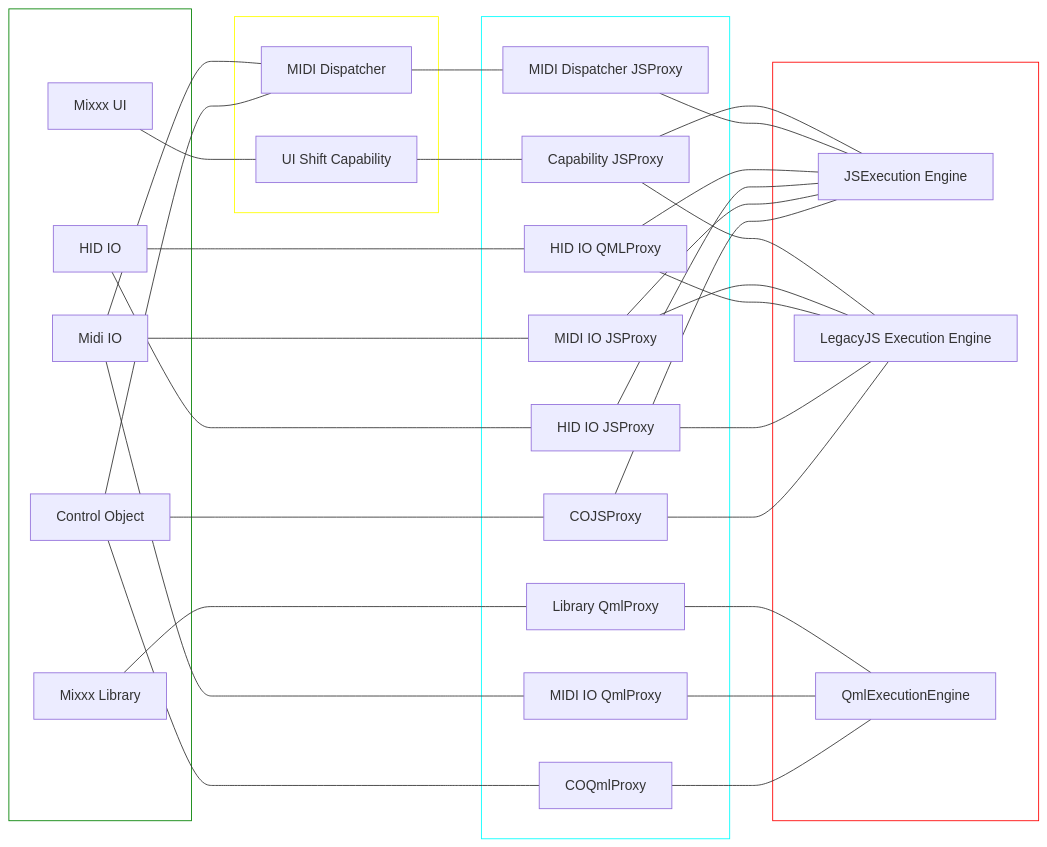
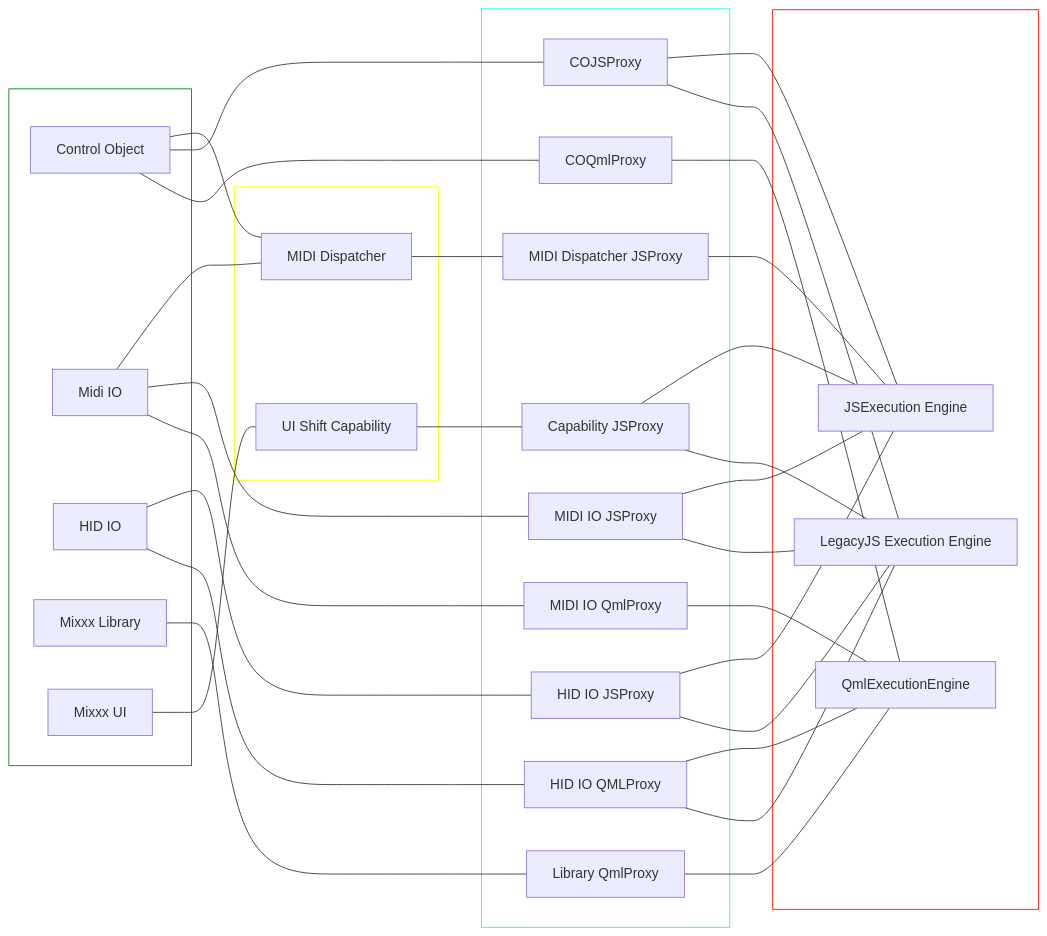
One commit to mixxxdj/proposals changed the diagram in proposals/2024-05-23_controller_engine_v2.md. Above: the diagram before and after it, drawn with Mermaid.

Commit message:
fix copy-paste error in mermaid diagram

````diff
--- a/proposals/2024-05-23_controller_engine_v2.md
+++ b/proposals/2024-05-23_controller_engine_v2.md
@@ -241,50 +241,50 @@
 ```mermaid
 flowchart LR
     %% Define front-end web components
     subgraph io["IO"]
         co["Control Object"]
         midiIO["Midi IO"]
         hidIO["HID IO"]
         mixxxLib["Mixxx Library"]
         mixxxUi["Mixxx UI"]
     end
     style io fill:transparent,stroke:green,color:#fff
 
     subgraph layers["Intermediary Layers"]
         co---midiDispatcher["MIDI Dispatcher"]
         midiIO---midiDispatcher
         mixxxUi---uiShift["UI Shift Capability"]
     end
     style layers fill:transparent,stroke:yellow,color:#fff
 
     subgraph proxies["API Proxies"]
         co---coJSProxy["COJSProxy"]
         co---coQMLProxy["COQmlProxy"]
         midiIO---midiJSProxy["MIDI IO JSProxy"]
         midiIO---midiQMLProxy["MIDI IO QmlProxy"]
         hidIO---hidJSProxy["HID IO JSProxy"]
         hidIO---hidQMLProxy["HID IO QMLProxy"]
         midiDispatcher---midiDispatcherJSProxy["MIDI Dispatcher JSProxy"]
         mixxxLib---libQmlProxy["Library QmlProxy"]
         uiShift---CapJSProxy["Capability JSProxy"]
     end
     style proxies fill:transparent,stroke:cyan,color:#fff
 
     subgraph engine["Execution Engine"]
         coJSProxy---jsEngine["JSExecution Engine"]
         midiJSProxy---jsEngine
         hidJSProxy---jsEngine
-        hidQMLProxy---jsEngine
+        hidQMLProxy---qmlEngine
         midiDispatcherJSProxy---jsEngine
         CapJSProxy---jsEngine
         coJSProxy---jsLegacyEngine["LegacyJS Execution Engine"]
         hidJSProxy---jsLegacyEngine
         hidQMLProxy---jsLegacyEngine
         midiJSProxy---jsLegacyEngine
         CapJSProxy---jsLegacyEngine
         coQMLProxy---qmlEngine["QmlExecutionEngine"]
         midiQMLProxy---qmlEngine
         libQmlProxy---qmlEngine
     end
     style engine fill:transparent,stroke:red,color:#fff
 ```
````
